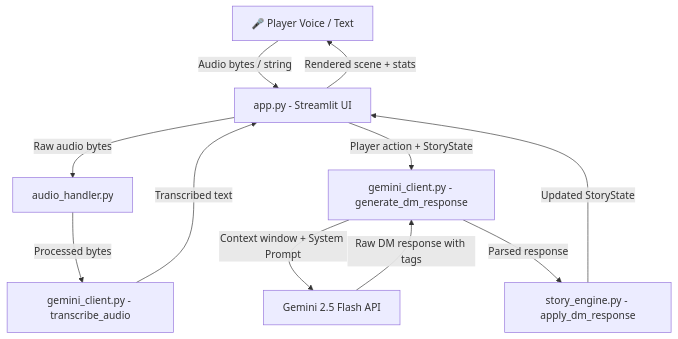
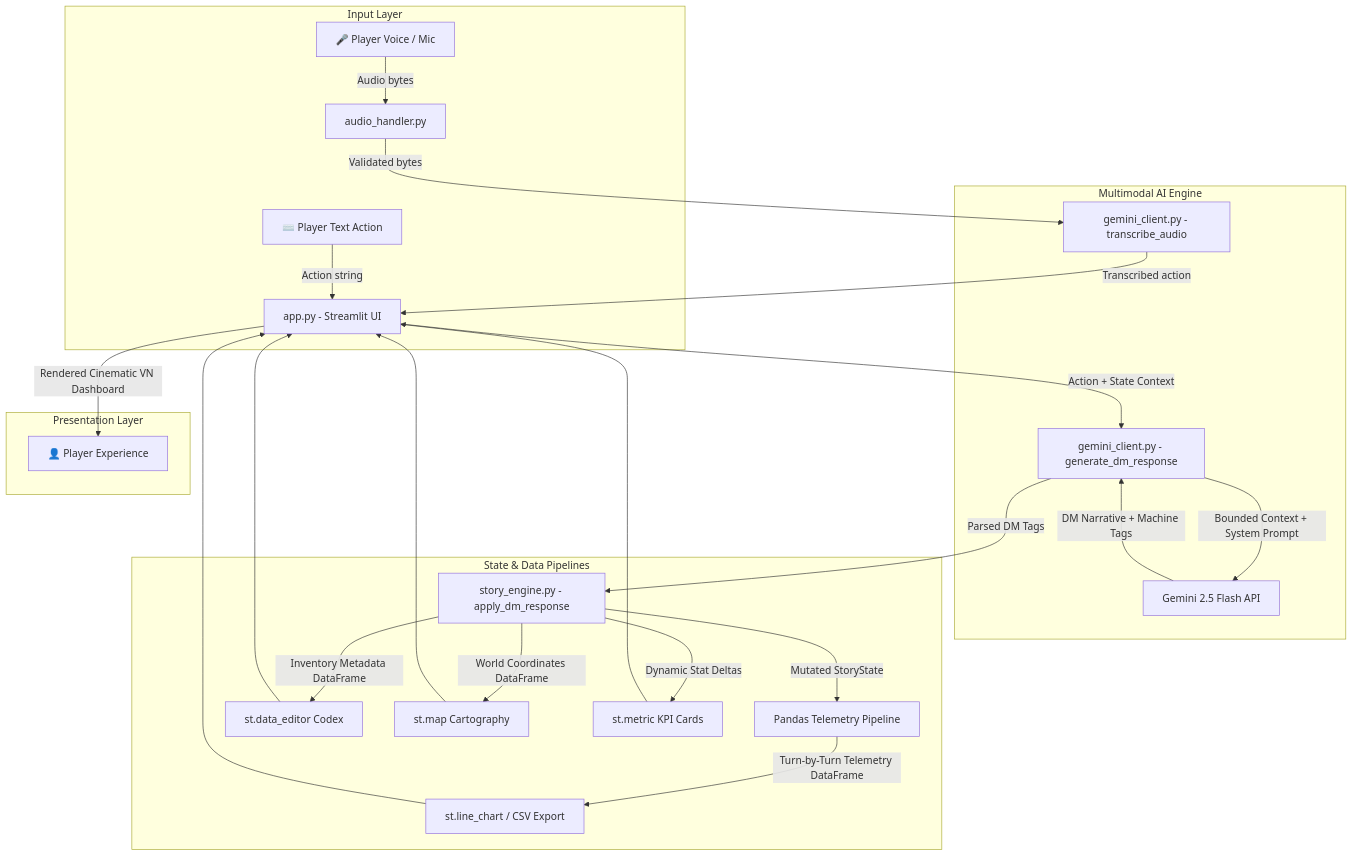
Before and after one commit to Shashwat-911/chronicle-ai: the diagram in README.md, drawn with Mermaid. The commit also changed other lines of this file, not shown here.

Commit message:
docs: update architecture, Pandas data pipeline docs, and Capstone 100/100 evaluation matrix

````diff
--- a/README.md
+++ b/README.md
@@ -32,13 +33,32 @@
 ```mermaid
 graph TD
-    A[🎤 Player Voice / Text] -->|Audio bytes / string| B[app.py - Streamlit UI]
-    B -->|Raw audio bytes| C[audio_handler.py]
-    C -->|Processed bytes| D[gemini_client.py - transcribe_audio]
-    D -->|Transcribed text| B
-    B -->|Player action + StoryState| E[gemini_client.py - generate_dm_response]
-    E -->|Context window + System Prompt| F[Gemini 2.5 Flash API]
-    F -->|Raw DM response with tags| E
-    E -->|Parsed response| G[story_engine.py - apply_dm_response]
-    G -->|Updated StoryState| B
-    B -->|Rendered scene + stats| A
+    subgraph Input Layer
+        A[🎤 Player Voice / Mic] -->|Audio bytes| B[audio_handler.py]
+        T[⌨️ Player Text Action] -->|Action string| C[app.py - Streamlit UI]
+    end
+
+    subgraph Multimodal AI Engine
+        B -->|Validated bytes| D[gemini_client.py - transcribe_audio]
+        D -->|Transcribed action| C
+        C -->|Action + State Context| E[gemini_client.py - generate_dm_response]
+        E -->|Bounded Context + System Prompt| F[Gemini 2.5 Flash API]
+        F -->|DM Narrative + Machine Tags| E
+    end
+
+    subgraph State & Data Pipelines
+        E -->|Parsed DM Tags| G[story_engine.py - apply_dm_response]
+        G -->|Mutated StoryState| H[Pandas Telemetry Pipeline]
+        H -->|Turn-by-Turn Telemetry DataFrame| I[st.line_chart / CSV Export]
+        G -->|Inventory Metadata DataFrame| J[st.data_editor Codex]
+        G -->|World Coordinates DataFrame| K[st.map Cartography]
+        G -->|Dynamic Stat Deltas| L[st.metric KPI Cards]
+    end
+
+    subgraph Presentation Layer
+        I --> C
+        J --> C
+        K --> C
+        L --> C
+        C -->|Rendered Cinematic VN Dashboard| M[👤 Player Experience]
+    end
 ```
````
